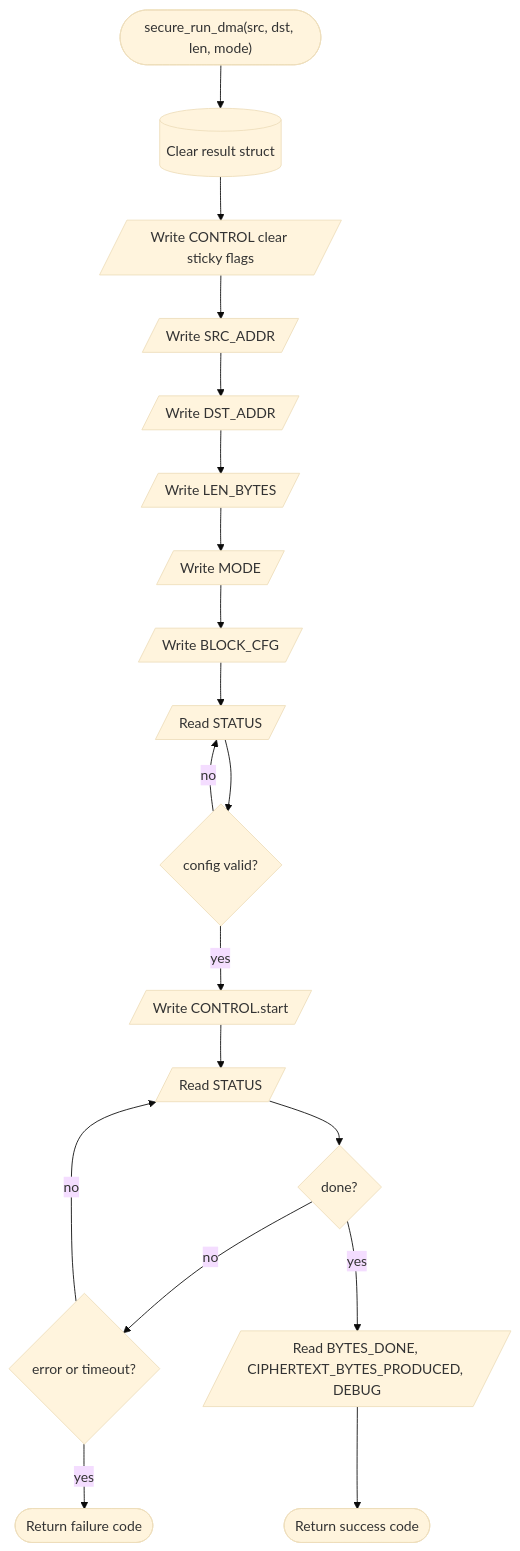
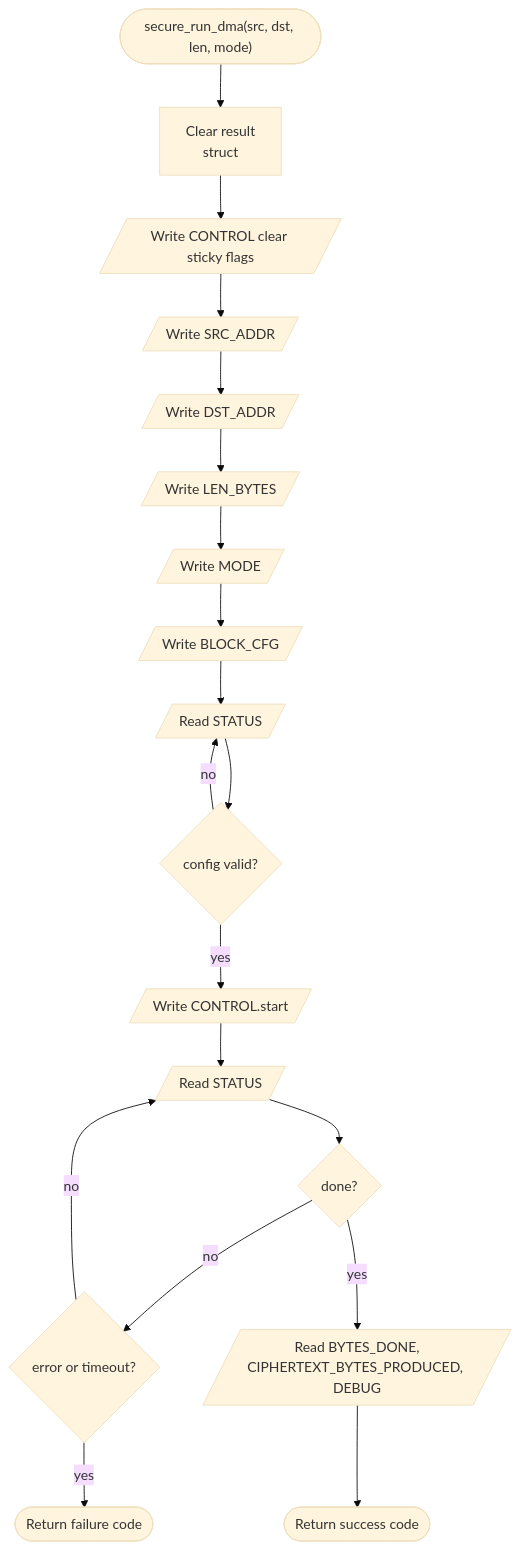
The eighth of 8 diagrams in docs/huffman_aes_riscv_flowchart_spec.md (ngoquocan139/AES_huffman_all6), drawn with Mermaid (base theme) before and after one commit. The commit also changed other lines of this file and 17 other files, not shown here.

````diff
--- a/docs/huffman_aes_riscv_flowchart_spec.md
+++ b/docs/huffman_aes_riscv_flowchart_spec.md
@@ -311,21 +393,21 @@
 ```mermaid
 flowchart TD
-    A(["secure_run_dma(src, dst, len, mode)"]) --> B[("Clear result struct")]
+    A(["secure_run_dma(src, dst, len, mode)"]) --> B["Clear result<br/>struct"]
     B --> C[/"Write CONTROL clear sticky flags"/]
     C --> D[/"Write SRC_ADDR"/]
     D --> E[/"Write DST_ADDR"/]
     E --> F[/"Write LEN_BYTES"/]
     F --> G[/"Write MODE"/]
     G --> H[/"Write BLOCK_CFG"/]
     H --> I[/"Read STATUS"/]
     I --> J{"config valid?"}
     J -->|"no"| I
     J -->|"yes"| K[/"Write CONTROL.start"/]
     K --> L[/"Read STATUS"/]
     L --> M{"done?"}
     M -->|"no"| N{"error or timeout?"}
     N -->|"no"| L
     N -->|"yes"| O(["Return failure code"])
-    M -->|"yes"| P[/"Read BYTES_DONE, CIPHERTEXT_BYTES_PRODUCED, DEBUG"/]
+    M -->|"yes"| P[/"Read BYTES_DONE,<br/>CIPHERTEXT_BYTES_PRODUCED, DEBUG"/]
     P --> Q(["Return success code"])
 ```
````
